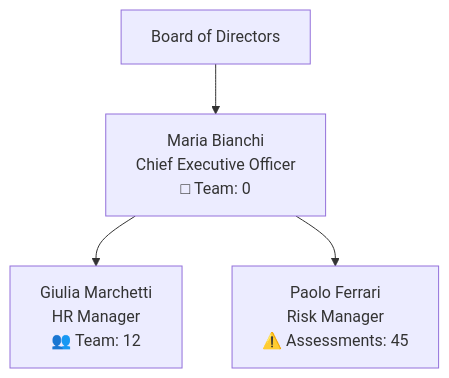
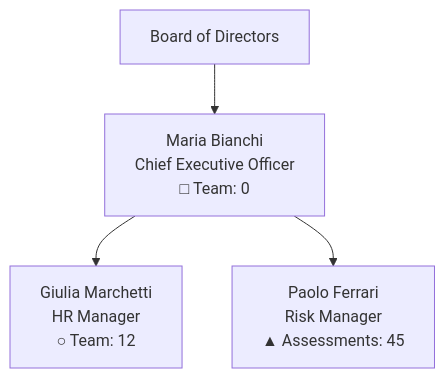
One commit to Spen-Zosky/AI-HRMS-2025 changed the fourth of 5 diagrams in docs/USER_STATUS_REPORT_STANDARD_GUIDE.md. Above: the diagram before and after it, drawn with Mermaid. The commit also changed other lines of this file and 123 other files, not shown here.

````diff
--- a/docs/USER_STATUS_REPORT_STANDARD_GUIDE.md
+++ b/docs/USER_STATUS_REPORT_STANDARD_GUIDE.md
@@ -488,11 +490,11 @@
 ```mermaid
 graph TD
     Board[Board of Directors]
     CEO[Maria Bianchi<br/>Chief Executive Officer<br/>□ Team: 0]
-    HR[Giulia Marchetti<br/>HR Manager<br/>👥 Team: 12]
-    Risk[Paolo Ferrari<br/>Risk Manager<br/>⚠️ Assessments: 45]
+    HR[Giulia Marchetti<br/>HR Manager<br/>○ Team: 12]
+    Risk[Paolo Ferrari<br/>Risk Manager<br/>▲ Assessments: 45]
 
     Board --> CEO
     CEO --> HR
     CEO --> Risk
 ```
````
